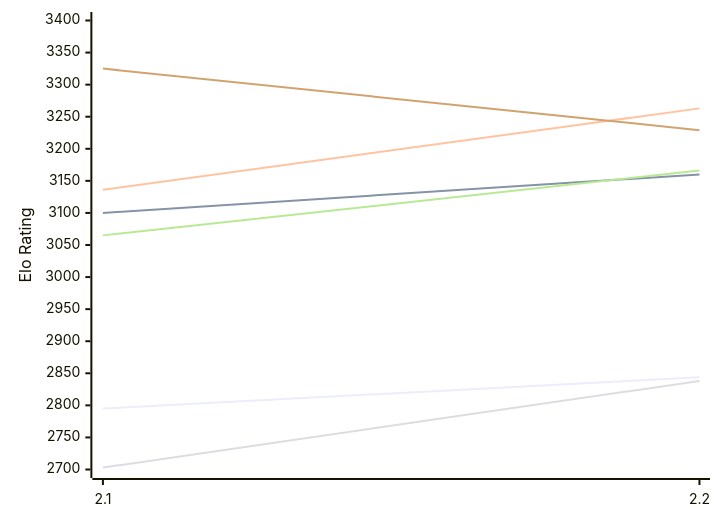
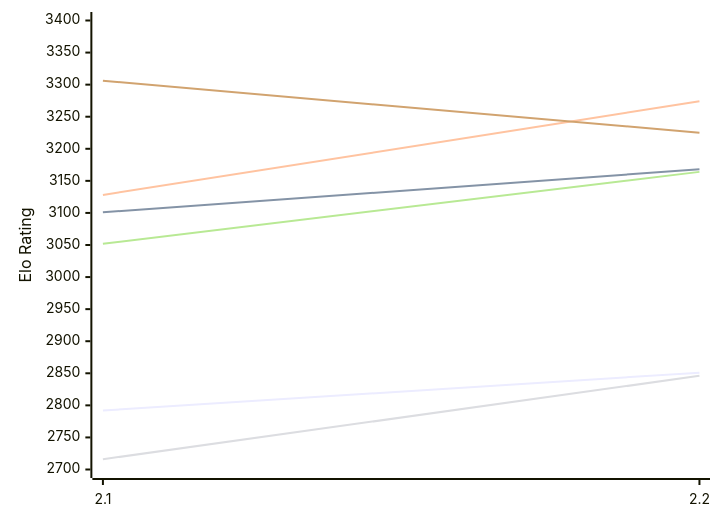
Before and after one commit to computer-chess-index/cci: the first of 2 diagrams in engines/Tunguska.md, drawn with Mermaid. The commit also changed other lines of this file, not shown here.

Commit message:
Update CCI Ratings (ELO VLTC) - 2026-11-16

````diff
--- a/engines/Tunguska.md
+++ b/engines/Tunguska.md
@@ -51,12 +51,12 @@
 ```mermaid
 %%{init: {"theme":"base","themeVariables":{"seriesColors:['#a3a3a3','#222221','#faa371']}}}%%
 xychart-beta
   x-axis ["2.1", "2.2"]
   y-axis "Elo Rating" 2700 --> 3400
-  line "E1: STC (8.0+0.08s)" [2795, 2844]
-  line "E1: LTC (60.0+0.60s)" [3100, 3160]
-  line "E1: VLTC (2m24s+1.12s)" [3136, 3263]
-  line "P1: STC (8.0+0.08s)" [2703, 2838]
-  line "P1: LTC (60.0+0.60s)" [3065, 3166]
-  line "P1: VLTC (2m24s+1.12s)" [3325, 3229]
+  line "E1: STC (8.0+0.08s)" [2792, 2851]
+  line "E1: LTC (60.0+0.60s)" [3101, 3168]
+  line "E1: VLTC (2m24s+1.12s)" [3128, 3274]
+  line "P1: STC (8.0+0.08s)" [2716, 2846]
+  line "P1: LTC (60.0+0.60s)" [3052, 3164]
+  line "P1: VLTC (2m24s+1.12s)" [3306, 3225]
 ```
````
